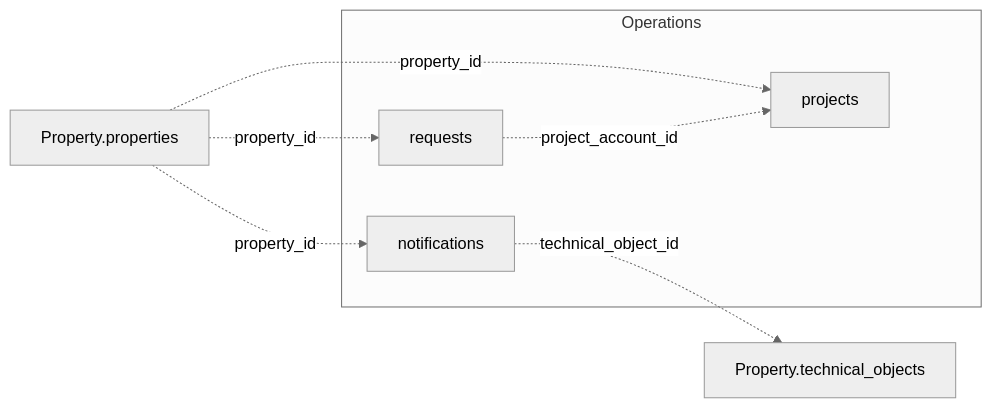
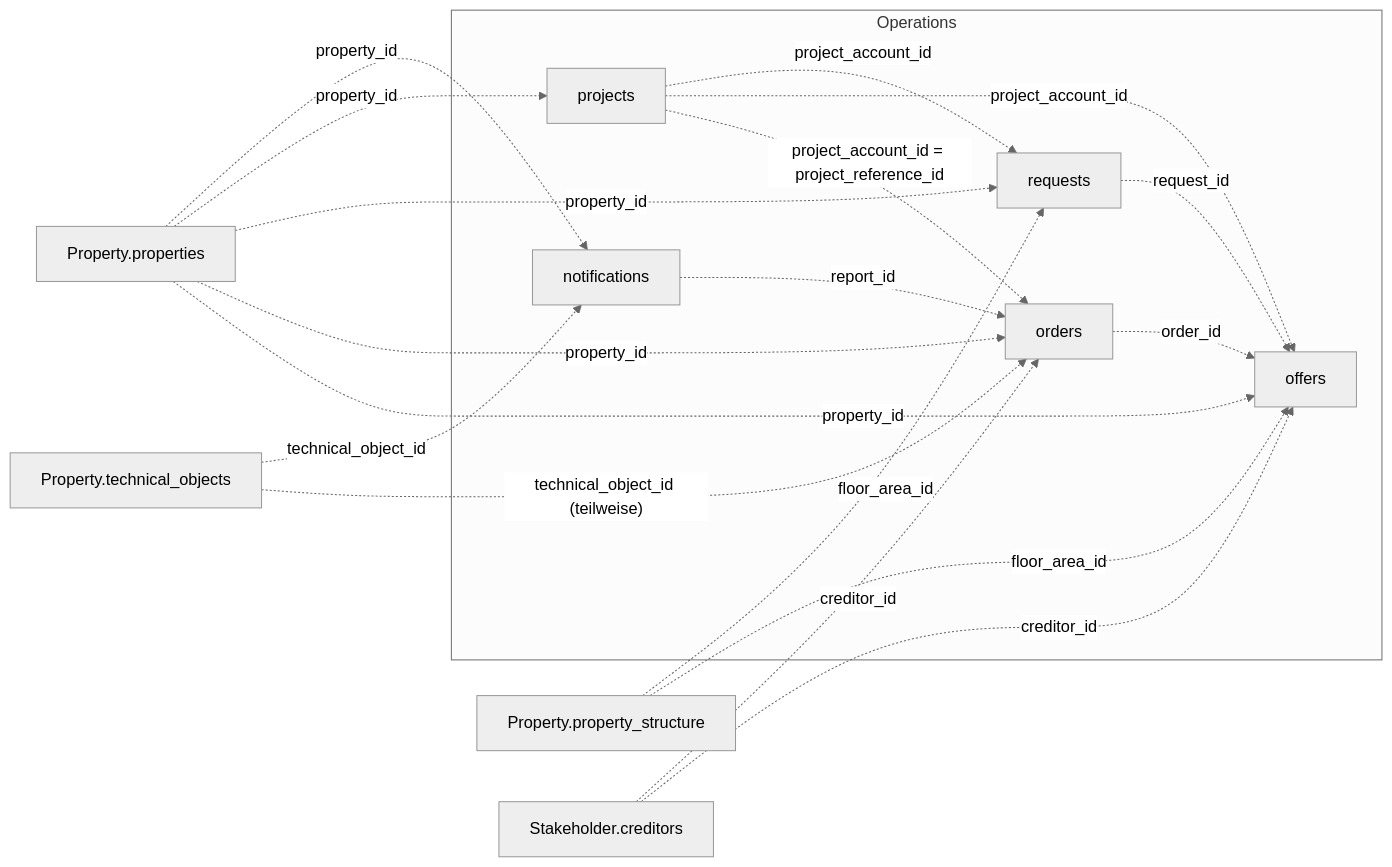
Before and after one commit to Trassets-ai/api-docs: the diagram in de/v1/data-model/operations.mdx, drawn with Mermaid (neutral theme). The commit also changed other lines of this file and 9 other files, not shown here.

First line of the commit message:
docs(v1): offers- und orders-Feldreferenz, personal-Grant-Hinweise (#110)

````diff
--- a/de/v1/data-model/operations.mdx
+++ b/de/v1/data-model/operations.mdx
@@ -11,17 +12,33 @@
 ```mermaid
 graph LR
   subgraph Operations
     notifications["notifications"]
+    offers["offers"]
+    orders["orders"]
     projects["projects"]
     requests["requests"]
   end
 
   properties["Property.properties"]
   technical_objects["Property.technical_objects"]
+  property_structure["Property.property_structure"]
+  creditor["Stakeholder.creditors"]
 
   properties -.->|property_id| notifications
   properties -.->|property_id| projects
   properties -.->|property_id| requests
-  requests -.->|project_account_id| projects
-  notifications -.->|technical_object_id| technical_objects
+  projects -.->|project_account_id| requests
+  technical_objects -.->|technical_object_id| notifications
+  properties -.->|property_id| orders
+  notifications -.->|report_id| orders
+  creditor -.->|creditor_id| orders
+  technical_objects -.->|"technical_object_id (teilweise)"| orders
+  properties -.->|property_id| offers
+  requests -.->|request_id| offers
+  creditor -.->|creditor_id| offers
+  orders -.->|order_id| offers
+  projects -.->|project_account_id| offers
+  projects -.->|"project_account_id = project_reference_id"| orders
+  property_structure -.->|floor_area_id| requests
+  property_structure -.->|floor_area_id| offers
 ```
````
